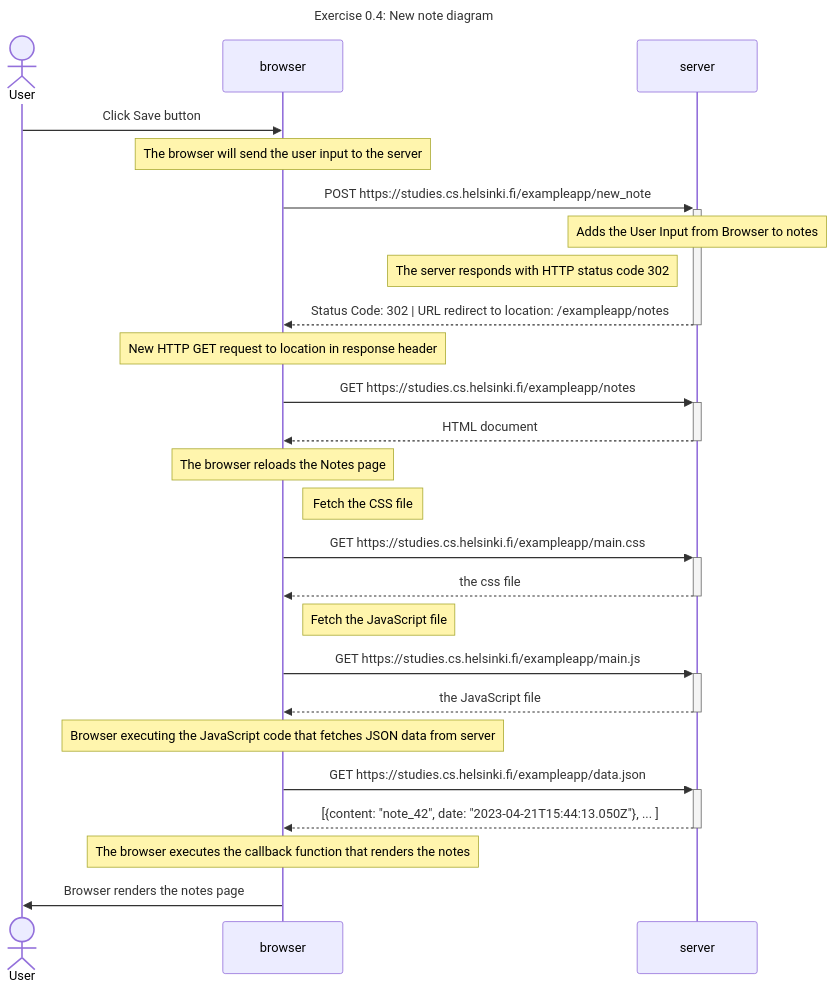
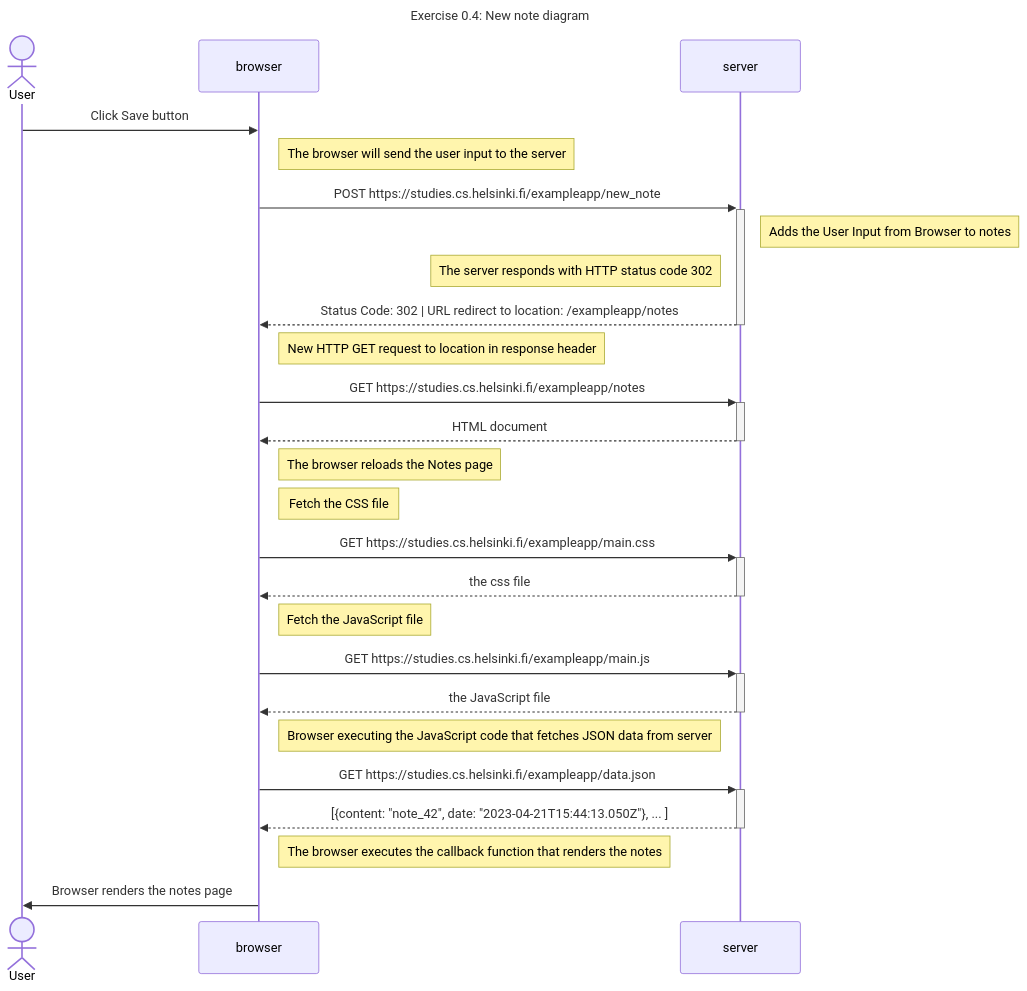
One commit to azriel-stephen/fullstack-open changed the diagram in part0/0.4_NewNoteDiagram.md. Above: the diagram before and after it, drawn with Mermaid.

Commit message:
cosmetic changes

````diff
--- a/part0/0.4_NewNoteDiagram.md
+++ b/part0/0.4_NewNoteDiagram.md
@@ -1,33 +1,33 @@
 ```mermaid
 sequenceDiagram
     title: Exercise 0.4: New note diagram
     actor User
     participant browser
     User ->> browser: Click Save button
 
-    note over browser:  The browser will send the user input to the server
+    note right of browser:  The browser will send the user input to the server
     browser->>+server: POST https://studies.cs.helsinki.fi/exampleapp/new_note
-    note over server: Adds the User Input from Browser to notes
+    note right of server: Adds the User Input from Browser to notes
     note left of server: The server responds with HTTP status code 302
     server-->>-browser: Status Code: 302 | URL redirect to location: /exampleapp/notes
 
-    note over browser: New HTTP GET request to location in response header
+    note right of browser: New HTTP GET request to location in response header
     browser->>+server: GET https://studies.cs.helsinki.fi/exampleapp/notes
     server-->>-browser: HTML document
 
-    note over browser: The browser reloads the Notes page 
+    note right of browser: The browser reloads the Notes page 
     note right of browser: Fetch the CSS file
     browser->>+server: GET https://studies.cs.helsinki.fi/exampleapp/main.css
     server-->>-browser: the css file
 
     note right of browser: Fetch the JavaScript file
     browser->>+server: GET https://studies.cs.helsinki.fi/exampleapp/main.js
     server-->>-browser: the JavaScript file
 
-    Note over browser: Browser executing the JavaScript code that fetches JSON data from server
+    Note right of browser: Browser executing the JavaScript code that fetches JSON data from server
     browser->>+server: GET https://studies.cs.helsinki.fi/exampleapp/data.json
     server-->>-browser: [{content: "note_42", date: "2023-04-21T15:44:13.050Z"}, ... ]
 
-    Note over browser: The browser executes the callback function that renders the notes
+    Note right of browser: The browser executes the callback function that renders the notes
     browser->> User: Browser renders the notes page
 ```
````
